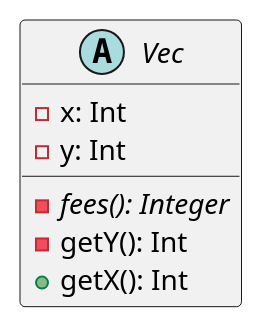
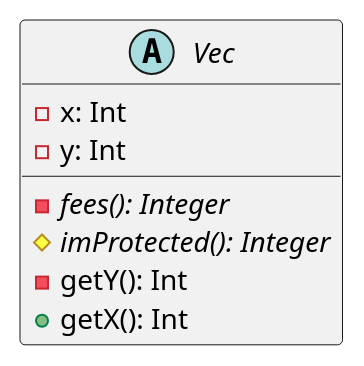
Before and after one commit to derzz/cs246-notes: the first of 2 diagrams in CS 246 Notes/Random Questions to Test Yourself(Answers).md, drawn with PlantUML. The commit also changed other lines of this file and 1 other file, not shown here.

````diff
--- a/CS 246 Notes/Random Questions to Test Yourself(Answers).md
+++ b/CS 246 Notes/Random Questions to Test Yourself(Answers).md
@@ -118,9 +118,10 @@
 ```plantuml
 abstract class Vec{
 	-x: Int
 	-y: Int
 	- {abstract} fees(): Integer
+	# {abstract} imProtected(): Integer
 	-getY(): Int
 	+getX(): Int
 }
 ```
````
